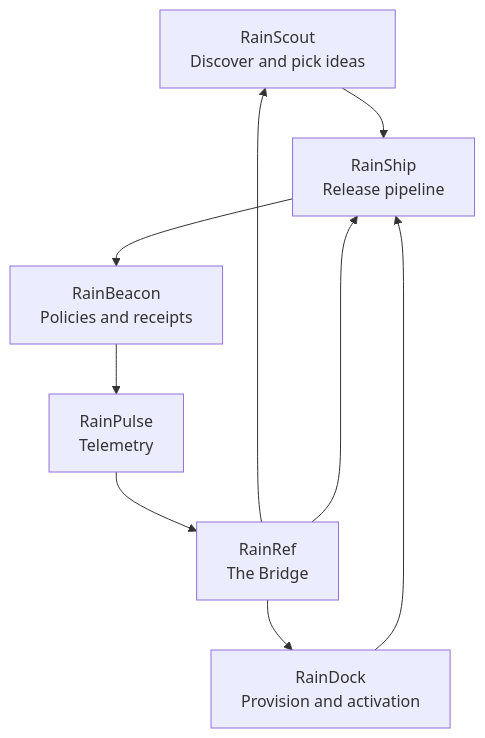
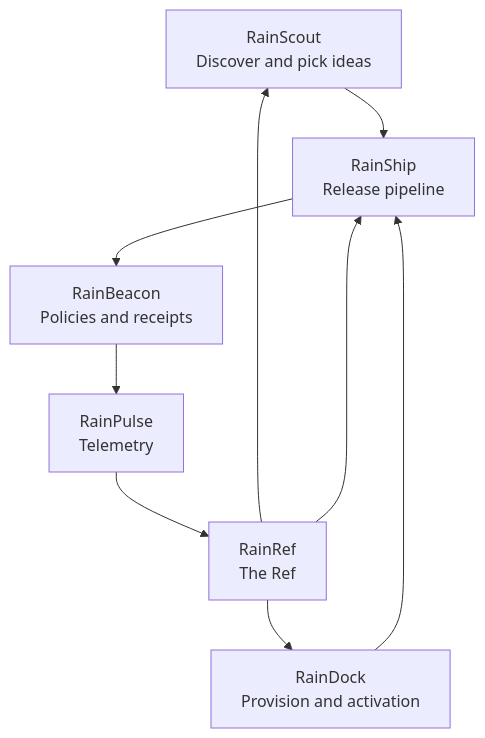
One commit to aurelius-in/RainRef changed the fifth of 5 diagrams in README.md. Above: the diagram before and after it, drawn with Mermaid. The commit also changed other lines of this file, not shown here.

````diff
--- a/README.md
+++ b/README.md
@@ -350,11 +352,12 @@
 ```mermaid
 graph TB
   RS[RainScout\nDiscover and pick ideas] --> RSH[RainShip\nRelease pipeline]
   RDK[RainDock\nProvision and activation] --> RSH
   RSH --> RBN[RainBeacon\nPolicies and receipts]
   RBN --> RPL[RainPulse\nTelemetry]
-  RPL --> RRF[RainRef\nThe Bridge]
+  RPL --> RRF[RainRef
+The Ref]
   RRF --> RS
   RRF --> RDK
   RRF --> RSH
 ```
````
